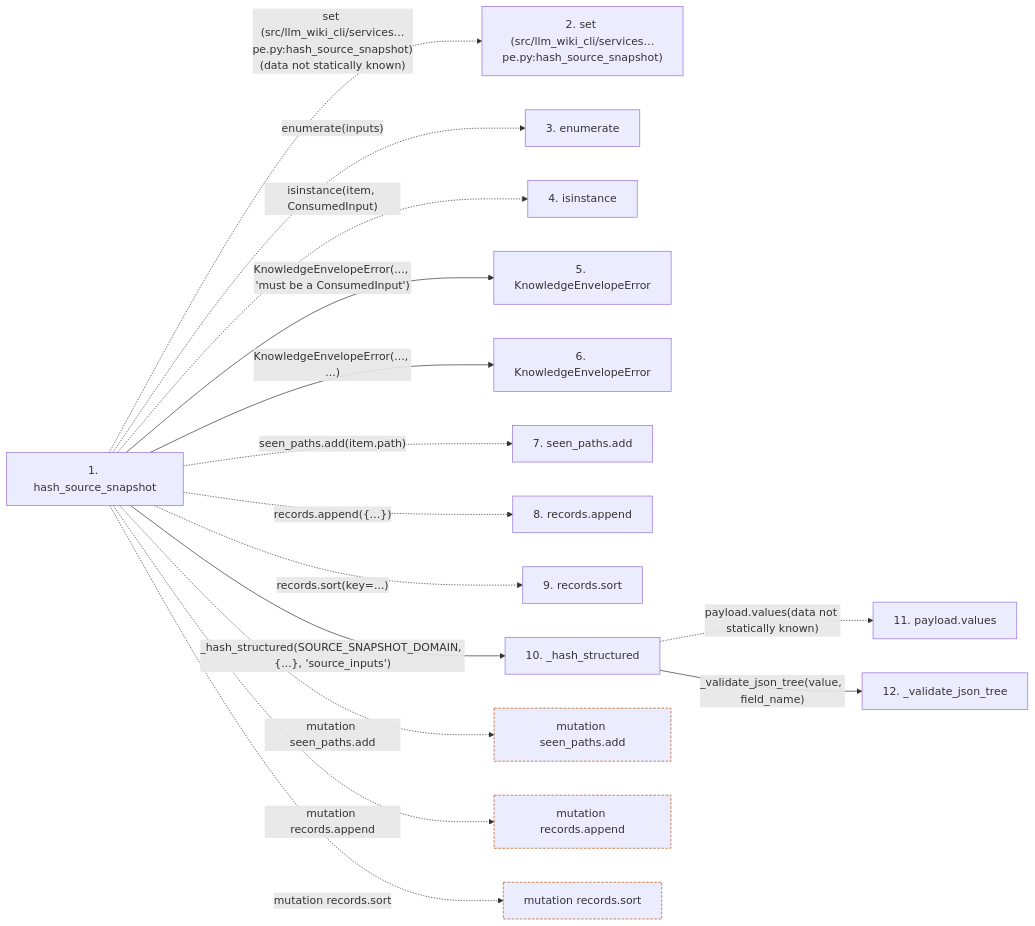
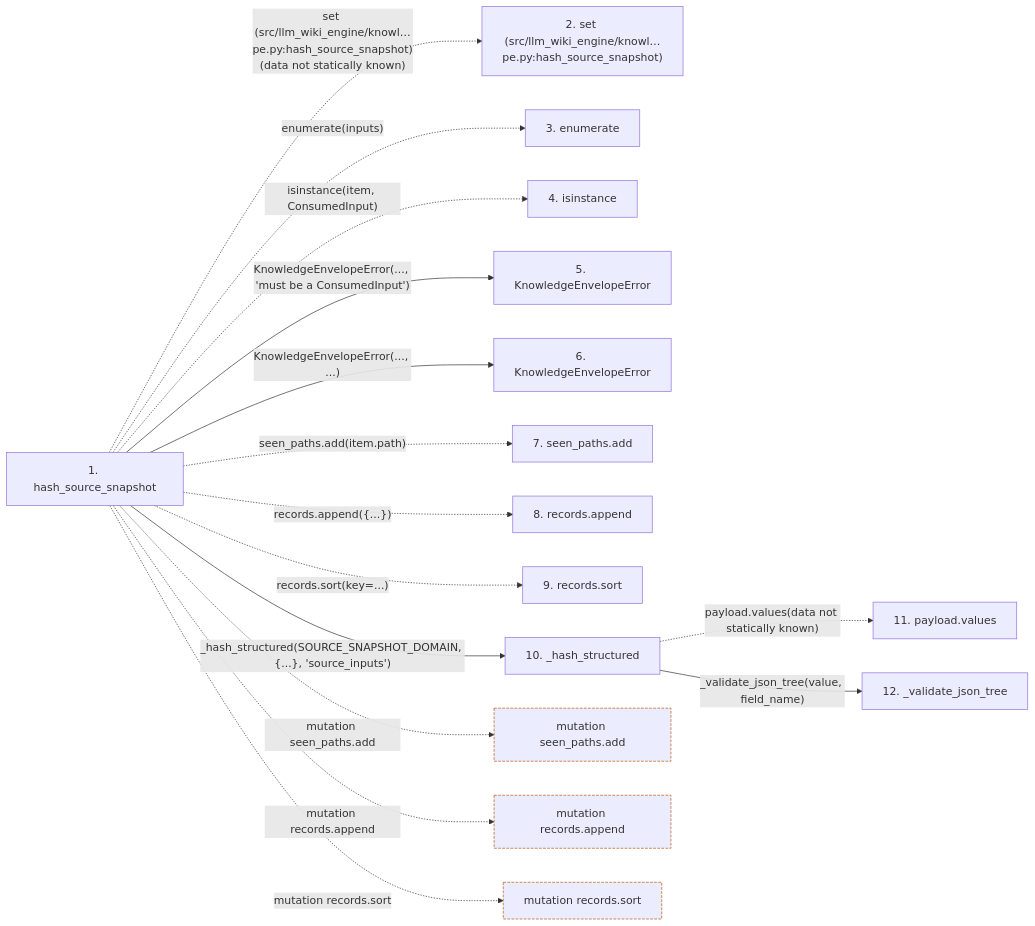
Before and after one commit to Denissvgn/python-wiki-llm: the second of 2 diagrams in docs/llm_wiki/flows/api-hash_source_snapshot.md, drawn with Mermaid. The commit also changed other lines of this file and 1058 other files, not shown here.

````diff
--- a/docs/llm_wiki/flows/api-hash_source_snapshot.md
+++ b/docs/llm_wiki/flows/api-hash_source_snapshot.md
@@ -92,41 +92,41 @@
 ```mermaid
 flowchart LR
     s1["1. hash_source_snapshot"]
-    s2["2. set (src/llm_wiki_cli/services…pe.py:hash_source_snapshot)"]
+    s2["2. set (src/llm_wiki_engine/knowl…pe.py:hash_source_snapshot)"]
     s3["3. enumerate"]
     s4["4. isinstance"]
     s5["5. KnowledgeEnvelopeError"]
     s6["6. KnowledgeEnvelopeError"]
     s7["7. seen_paths.add"]
     s8["8. records.append"]
     s9["9. records.sort"]
     s10["10. _hash_structured"]
     s11["11. payload.values"]
     s12["12. _validate_json_tree"]
-    s1 -. "set (src/llm_wiki_cli/services…pe.py:hash_source_snapshot)(data not statically known)" .-> s2
+    s1 -. "set (src/llm_wiki_engine/knowl…pe.py:hash_source_snapshot)(data not statically known)" .-> s2
     s1 -. "enumerate(inputs)" .-> s3
     s1 -. "isinstance(item, ConsumedInput)" .-> s4
     s1 -->|"KnowledgeEnvelopeError(..., 'must be a ConsumedInput')"| s5
     s1 -->|"KnowledgeEnvelopeError(..., ...)"| s6
     s1 -. "seen_paths.add(item.path)" .-> s7
     s1 -. "records.append({...})" .-> s8
     s1 -. "records.sort(key=...)" .-> s9
     s1 -->|"_hash_structured(SOURCE_SNAPSHOT_DOMAIN, {...}, 'source_inputs')"| s10
     s10 -. "payload.values(data not statically known)" .-> s11
     s10 -->|"_validate_json_tree(value, field_name)"| s12
     b0["mutation seen_paths.add"]
     s1 -. "mutation seen_paths.add" .-> b0
     b1["mutation records.append"]
     s1 -. "mutation records.append" .-> b1
     b2["mutation records.sort"]
     s1 -. "mutation records.sort" .-> b2
     click s1 "../modules/knowledge_envelope.md"
     click s5 "../modules/knowledge_envelope.md"
     click s6 "../modules/knowledge_envelope.md"
     click s10 "../modules/knowledge_envelope.md"
     click s12 "../modules/knowledge_envelope.md"
     classDef boundary stroke:#b45309,stroke-dasharray: 4 2
     class b0 boundary
     class b1 boundary
     class b2 boundary
 ```
````
